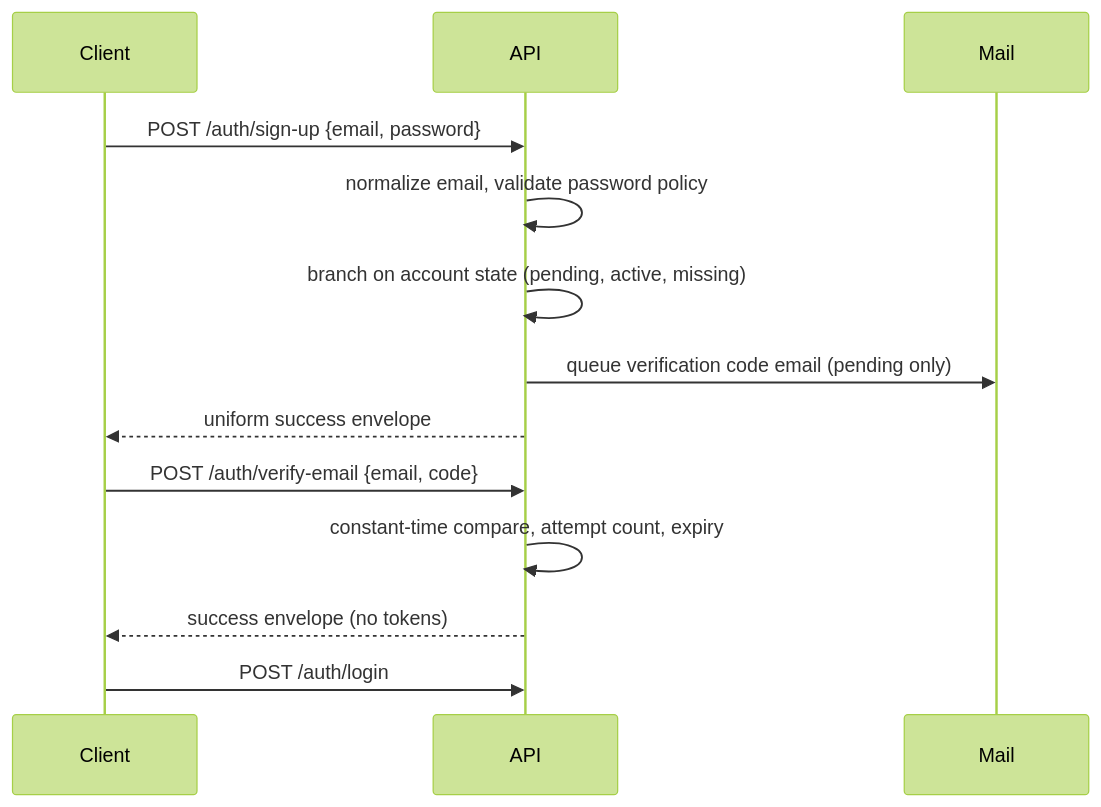
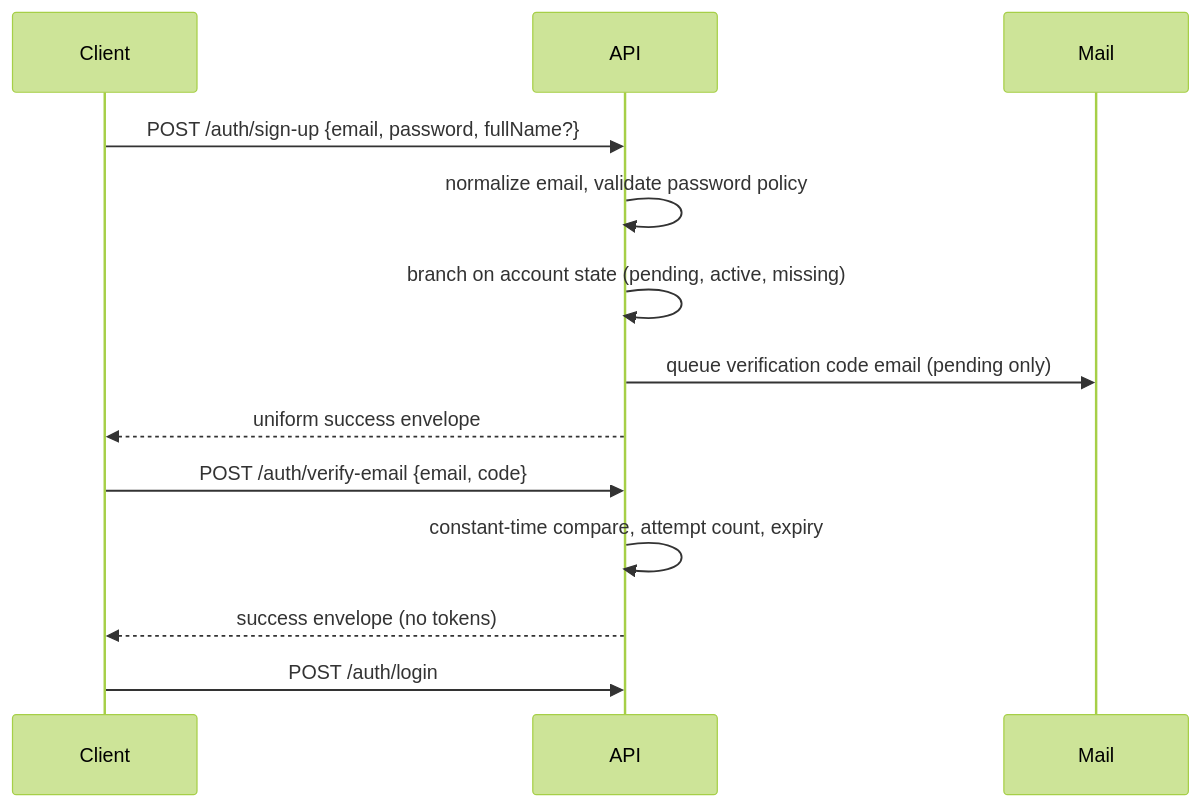
One commit to askvest12/AskVest changed the first of 4 diagrams in docs/design/08-identity-module.md. Above: the diagram before and after it, drawn with Mermaid (forest theme). The commit also changed other lines of this file and 27 other files, not shown here.

````diff
--- a/docs/design/08-identity-module.md
+++ b/docs/design/08-identity-module.md
@@ -9,15 +9,15 @@
 ```mermaid
 sequenceDiagram
   participant C as Client
   participant A as API
   participant M as Mail
-  C->>A: POST /auth/sign-up {email, password}
+  C->>A: POST /auth/sign-up {email, password, fullName?}
   A->>A: normalize email, validate password policy
   A->>A: branch on account state (pending, active, missing)
   A->>M: queue verification code email (pending only)
   A-->>C: uniform success envelope
   C->>A: POST /auth/verify-email {email, code}
   A->>A: constant-time compare, attempt count, expiry
   A-->>C: success envelope (no tokens)
   C->>A: POST /auth/login
 ```
````
